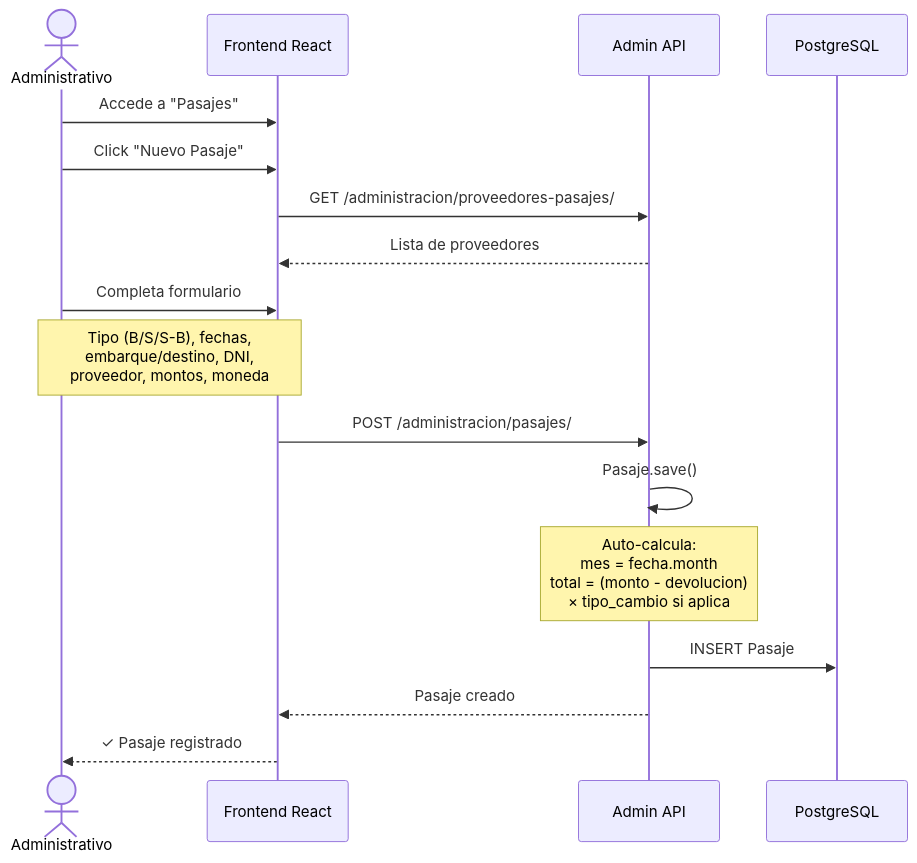
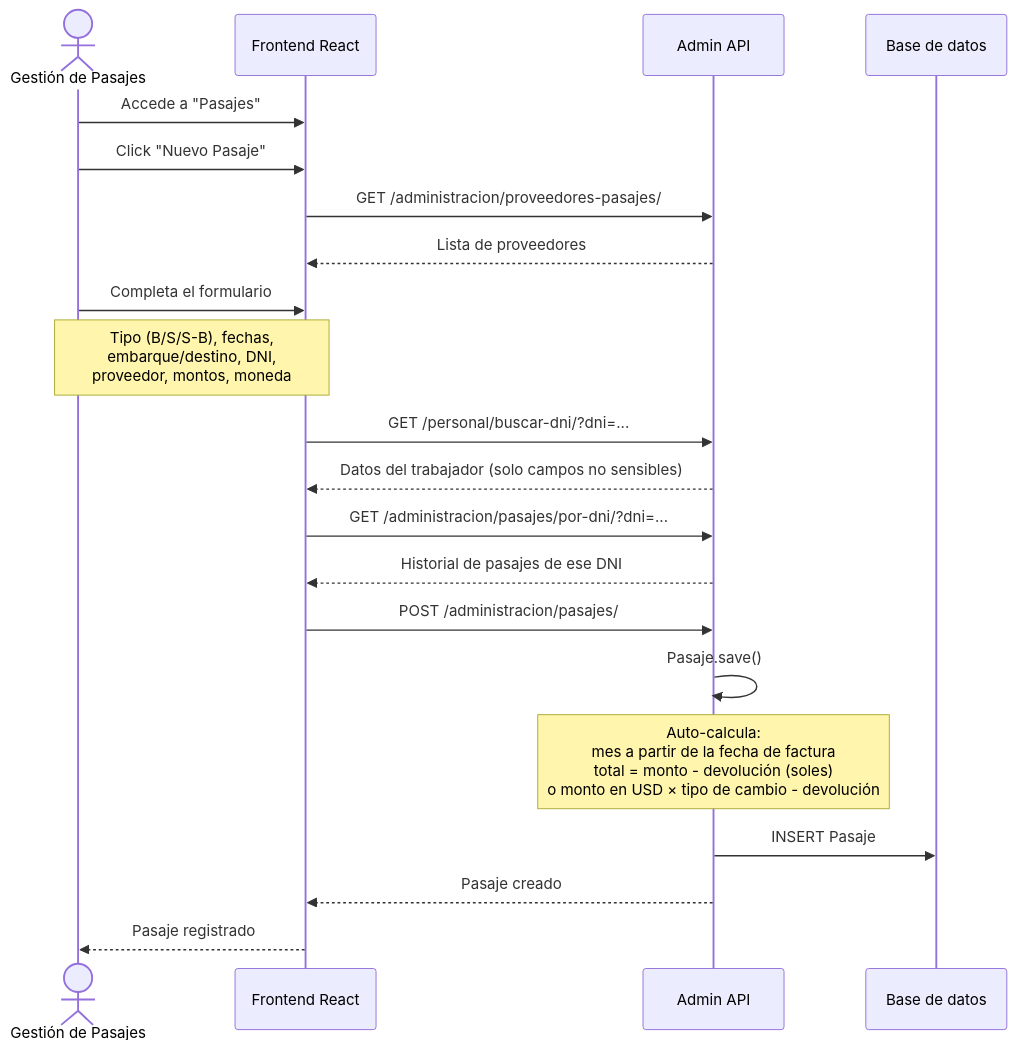
Before and after one commit to pccpegit/SYSPCCLOG: diagram 18 of 25 in docs/01_Casos_de_Uso.md, drawn with Mermaid. The commit also changed other lines of this file and 42 other files, not shown here.

````diff
--- a/docs/01_Casos_de_Uso.md
+++ b/docs/01_Casos_de_Uso.md
@@ -714,24 +926,28 @@
 ```mermaid
 sequenceDiagram
-    actor ADM as Administrativo
+    actor ADM as Gestión de Pasajes
     participant UI as Frontend React
     participant API as Admin API
-    participant DB as PostgreSQL
+    participant DB as Base de datos
 
     ADM->>UI: Accede a "Pasajes"
     ADM->>UI: Click "Nuevo Pasaje"
 
     UI->>API: GET /administracion/proveedores-pasajes/
     API-->>UI: Lista de proveedores
 
-    ADM->>UI: Completa formulario
+    ADM->>UI: Completa el formulario
     Note over ADM,UI: Tipo (B/S/S-B), fechas,<br/>embarque/destino, DNI,<br/>proveedor, montos, moneda
 
+    UI->>API: GET /personal/buscar-dni/?dni=...
+    API-->>UI: Datos del trabajador (solo campos no sensibles)
+    UI->>API: GET /administracion/pasajes/por-dni/?dni=...
+    API-->>UI: Historial de pasajes de ese DNI
     UI->>API: POST /administracion/pasajes/
     API->>API: Pasaje.save()
-    Note over API: Auto-calcula:<br/>mes = fecha.month<br/>total = (monto - devolucion)<br/>× tipo_cambio si aplica
+    Note over API: Auto-calcula:<br/>mes a partir de la fecha de factura<br/>total = monto - devolución (soles)<br/>o monto en USD × tipo de cambio - devolución
 
     API->>DB: INSERT Pasaje
     API-->>UI: Pasaje creado
-    UI-->>ADM: ✓ Pasaje registrado
+    UI-->>ADM: Pasaje registrado
 ```
````
